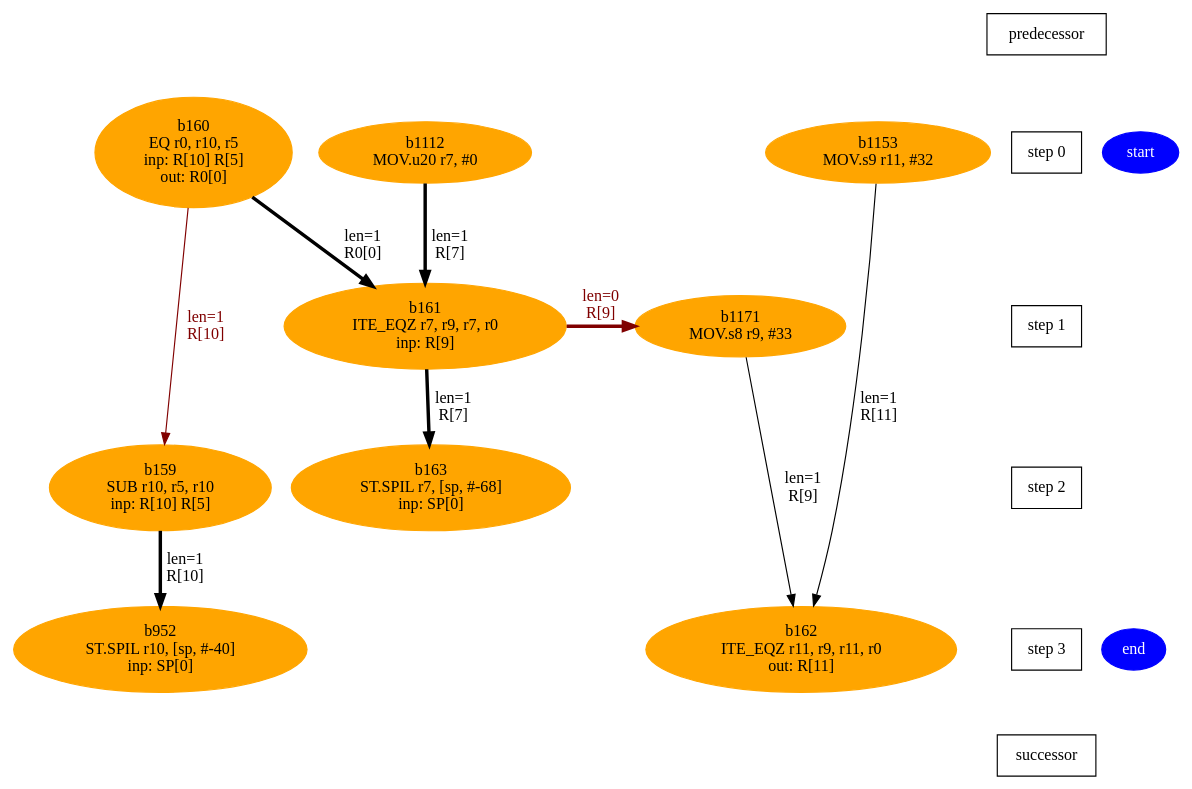
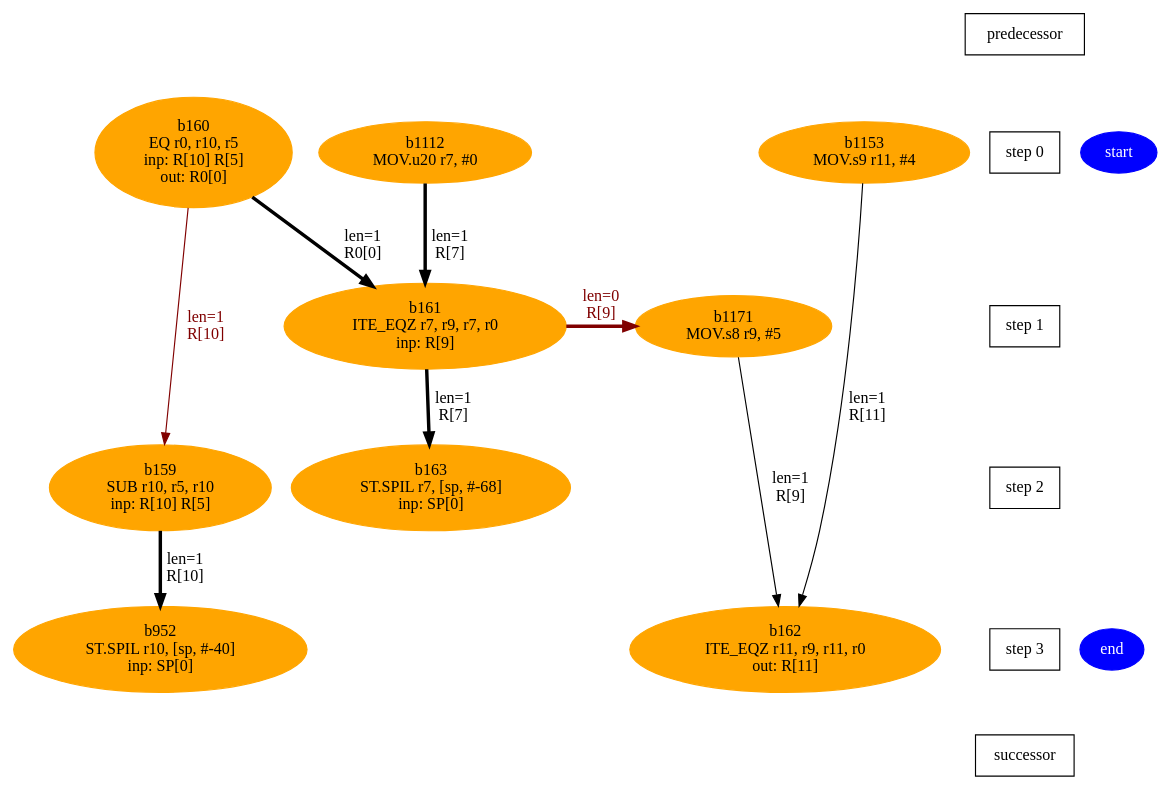
Before and after one commit to lxy-littlechai/SVD: the diagram in testGen/Work/aie/1_2/Release/chesswork/1_2-main__s2_info/m115.dot, drawn with Graphviz. The commit also changed 1904 other files, not shown here.

```diff
--- a/testGen/Work/aie/1_2/Release/chesswork/1_2-main__s2_info/m115.dot
+++ b/testGen/Work/aie/1_2/Release/chesswork/1_2-main__s2_info/m115.dot
@@ -1,32 +1,32 @@
 digraph N {
  b159[color=orange,fontcolor=black,style=filled,label="b159\nSUB r10, r5, r10\ninp: R[10] R[5]"];  {rank=same; S2;  b159;}
  b160[color=orange,fontcolor=black,style=filled,label="b160\nEQ r0, r10, r5\ninp: R[10] R[5]\nout: R0[0]"];  {rank=same; S0;  b160;}
  b161[color=orange,fontcolor=black,style=filled,label="b161\nITE_EQZ r7, r9, r7, r0\ninp: R[9]"];  {rank=same; S1;  b161;}
  b162[color=orange,fontcolor=black,style=filled,label="b162\nITE_EQZ r11, r9, r11, r0\nout: R[11]"];  {rank=same; S3;  b162;}
  b163[color=orange,fontcolor=black,style=filled,label="b163\nST.SPIL r7, [sp, #-68]\ninp: SP[0]"];  {rank=same; S2;  b163;}
  b1112[color=orange,fontcolor=black,style=filled,label="b1112\nMOV.u20 r7, #0"];  {rank=same; S0;  b1112;}
- b1153[color=orange,fontcolor=black,style=filled,label="b1153\nMOV.s9 r11, #32"];  {rank=same; S0;  b1153;}
- b1171[color=orange,fontcolor=black,style=filled,label="b1171\nMOV.s8 r9, #33"];  {rank=same; S1;  b1171;}
+ b1153[color=orange,fontcolor=black,style=filled,label="b1153\nMOV.s9 r11, #4"];  {rank=same; S0;  b1153;}
+ b1171[color=orange,fontcolor=black,style=filled,label="b1171\nMOV.s8 r9, #5"];  {rank=same; S1;  b1171;}
  b952[color=orange,fontcolor=black,style=filled,label="b952\nST.SPIL r10, [sp, #-40]\ninp: SP[0]"];  {rank=same; S3;  b952;}
  start [color=blue,fontcolor=white,style=filled,label="start"];  {rank=same; S0;  start;}
  end [color=blue,fontcolor=white,style=filled,label="end"];  {rank=same; S3;  end;}
    b159 -> b952 [color=black,fontcolor=black,penwidth=3,label="len=1\nR[10]",weight=1000];
    b160 -> b159 [color=maroon,fontcolor=maroon,label="len=1\nR[10]",weight=1000];
    b160 -> b161 [color=black,fontcolor=black,penwidth=3,label="len=1\nR0[0]",weight=1000];
    b161 -> b1171 [color=maroon,fontcolor=maroon,penwidth=3,label="len=0\nR[9]",weight=1000];
    b161 -> b163 [color=black,fontcolor=black,penwidth=3,label="len=1\nR[7]",weight=1000];
    b1112 -> b161 [color=black,fontcolor=black,penwidth=3,label="len=1\nR[7]",weight=1000];
    b1153 -> b162 [color=black,fontcolor=black,label="len=1\nR[11]",weight=1000];
    b1171 -> b162 [color=black,fontcolor=black,label="len=1\nR[9]",weight=1000];
   Sm1 [label="predecessor",shape=box];
   S0 [label="step 0",shape=box];
   Sm1 -> S0[style=invis,weight=9000];
   S1 [label="step 1",shape=box];
   S0 -> S1[style=invis,weight=9000];
   S2 [label="step 2",shape=box];
   S1 -> S2[style=invis,weight=9000];
   S3 [label="step 3",shape=box];
   S2 -> S3[style=invis,weight=9000];
   S4 [label="successor",shape=box];
   S3 -> S4[style=invis,weight=9000];
 }
```
